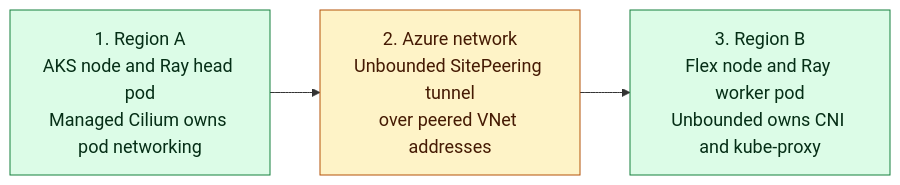
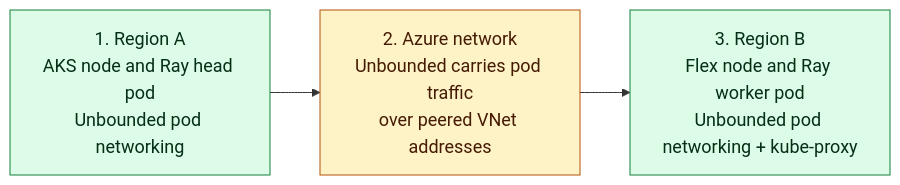
The diagram in docs/ai-workloads-on-aks/assets/architecture/02-flex-networking.mmd (KenKilty/aks-flex-anyscale-lab), drawn with Mermaid before and after one commit. The commit also changed 45 other files, not shown here.

First line of the commit message:
Add mixed-CNI Unbounded lab validation and rewrite student guide

```diff
--- a/docs/ai-workloads-on-aks/assets/architecture/02-flex-networking.mmd
+++ b/docs/ai-workloads-on-aks/assets/architecture/02-flex-networking.mmd
@@ -1,11 +1,11 @@
 flowchart LR
-  aks["1. Region A<br/>AKS node and Ray head pod<br/>Managed Cilium owns pod networking"]
-  network["2. Azure network<br/>Unbounded SitePeering tunnel<br/>over peered VNet addresses"]
-  flex["3. Region B<br/>Flex node and Ray worker pod<br/>Unbounded owns CNI and kube-proxy"]
+  aks["1. Region A<br/>AKS node and Ray head pod<br/>Unbounded pod networking"]
+  network["2. Azure network<br/>Unbounded carries pod traffic<br/>over peered VNet addresses"]
+  flex["3. Region B<br/>Flex node and Ray worker pod<br/>Unbounded pod networking + kube-proxy"]
 
   aks --> network --> flex
 
   classDef endpoint fill:#dcfce7,stroke:#15803d,color:#052e16,font-size:18px
   classDef network fill:#fef3c7,stroke:#b45309,color:#451a03,font-size:18px
   class aks,flex endpoint
   class network network
```
